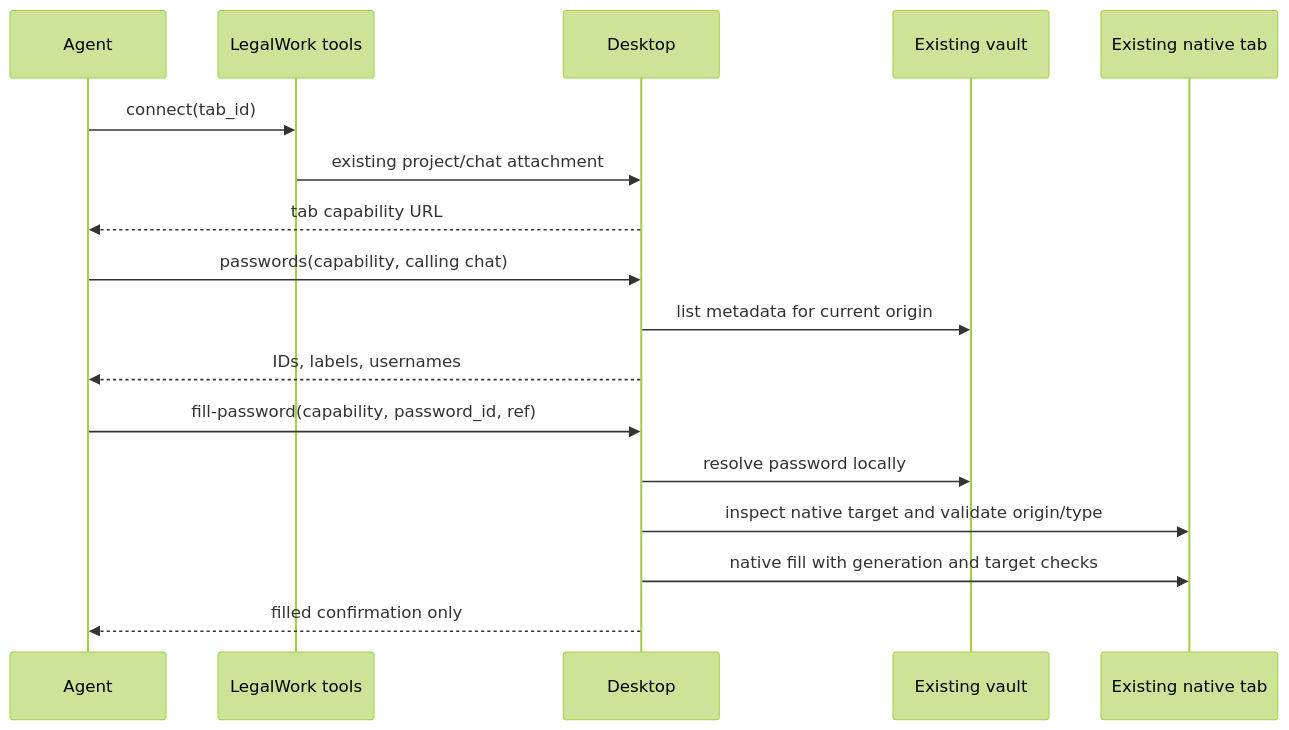
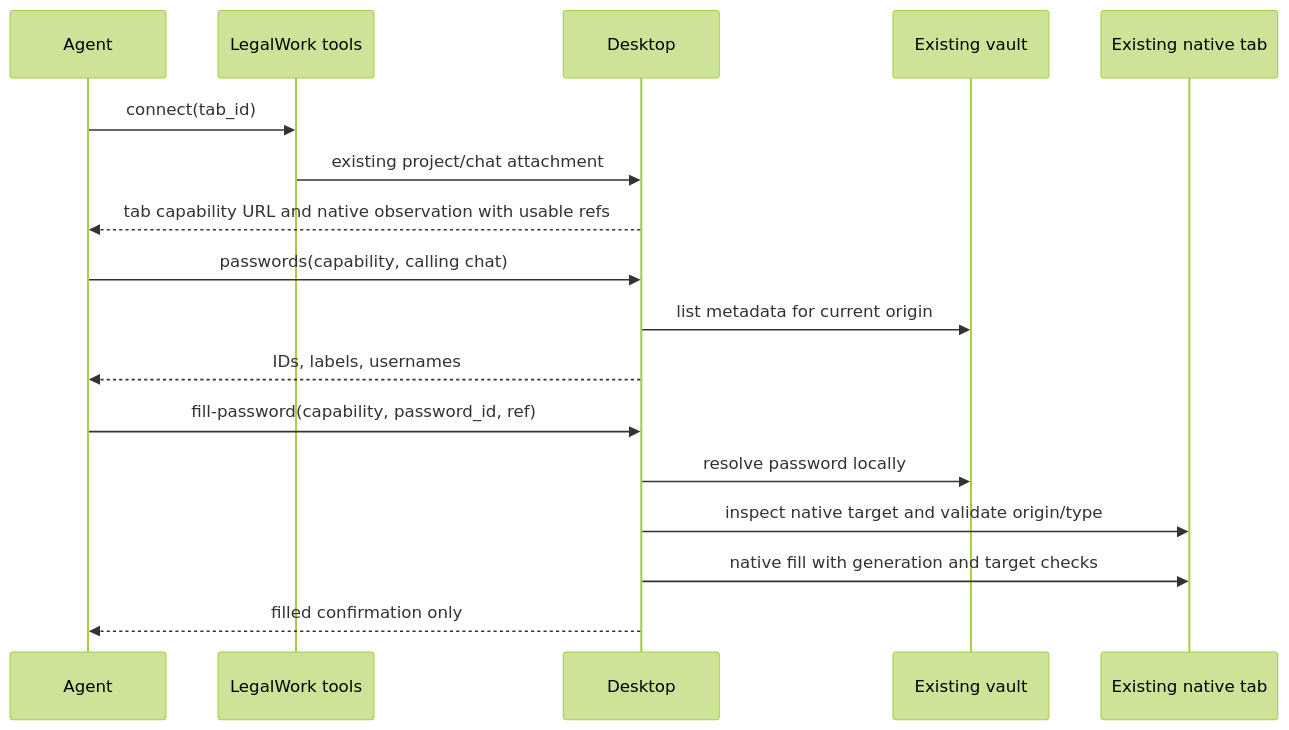
The diagram in docs/browser-login-architecture.md (eigenweltlabs/LegalWork), drawn with Mermaid (forest theme) before and after one commit. The commit also changed other lines of this file and 10 other files, not shown here.

Commit message:
fix(browser): reuse native opening refs and guide batched workflows

````diff
--- a/docs/browser-login-architecture.md
+++ b/docs/browser-login-architecture.md
@@ -23,19 +23,19 @@
 ```mermaid
 sequenceDiagram
     participant Agent
     participant Tools as LegalWork tools
     participant Desktop
     participant Vault as Existing vault
     participant Tab as Existing native tab
     Agent->>Tools: connect(tab_id)
     Tools->>Desktop: existing project/chat attachment
-    Desktop-->>Agent: tab capability URL
+    Desktop-->>Agent: tab capability URL and native observation with usable refs
     Agent->>Desktop: passwords(capability, calling chat)
     Desktop->>Vault: list metadata for current origin
     Desktop-->>Agent: IDs, labels, usernames
     Agent->>Desktop: fill-password(capability, password_id, ref)
     Desktop->>Vault: resolve password locally
     Desktop->>Tab: inspect native target and validate origin/type
     Desktop->>Tab: native fill with generation and target checks
     Desktop-->>Agent: filled confirmation only
 ```
````
